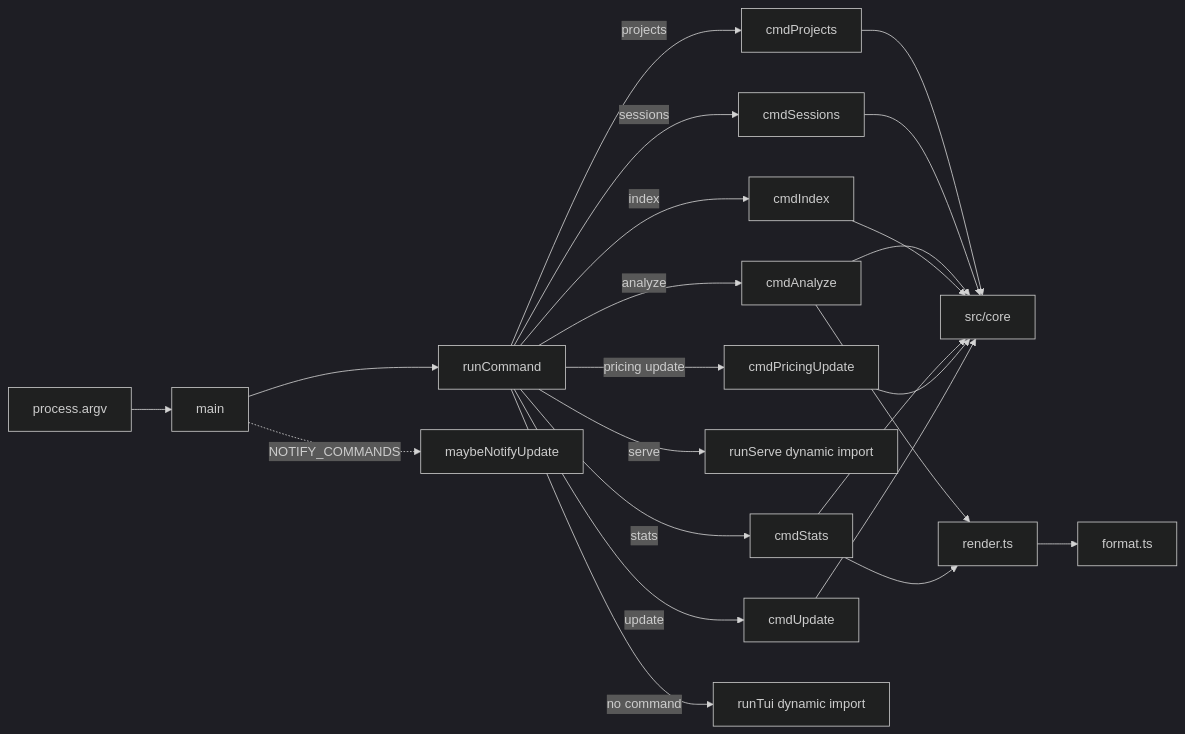
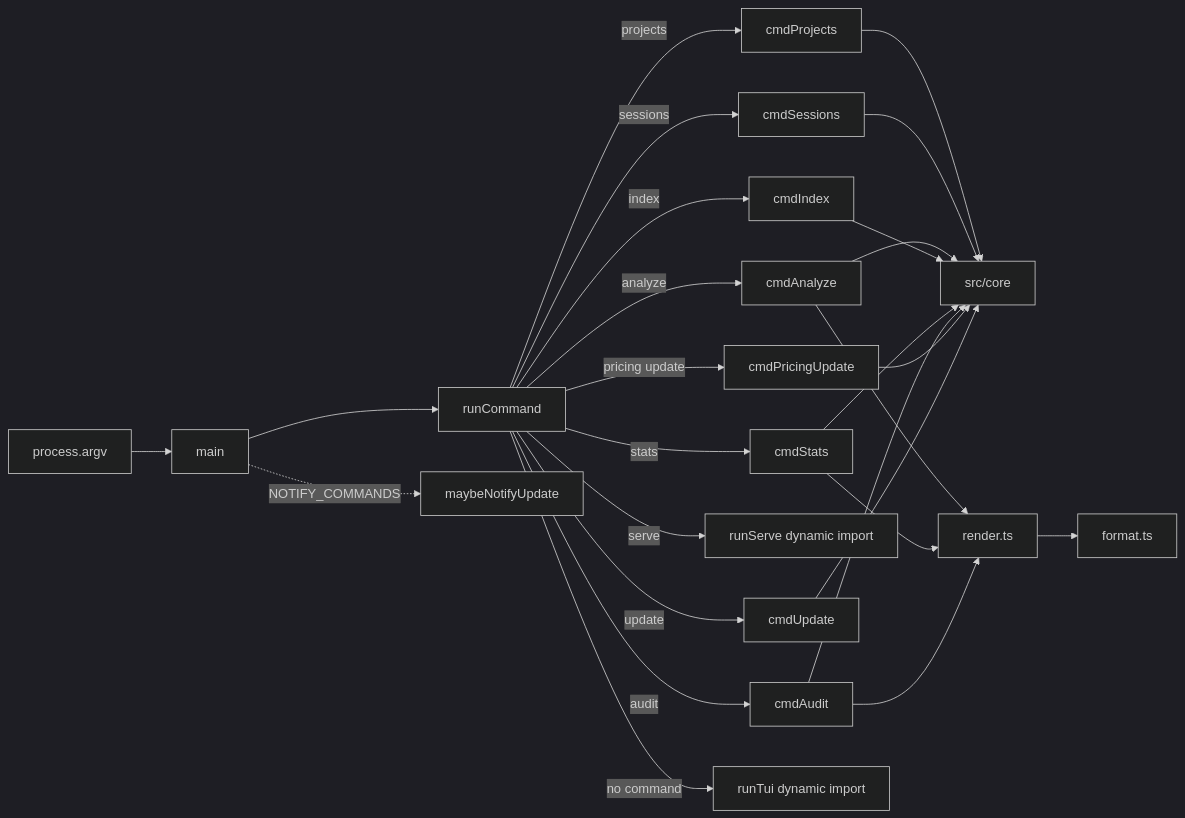
The diagram in wiki/3-cli.md (yorch/cc-analyzer), drawn with Mermaid (dark theme) before and after one commit. The commit also changed other lines of this file and 44 other files, not shown here.

````diff
--- a/wiki/3-cli.md
+++ b/wiki/3-cli.md
@@ -19,20 +19,22 @@
 ```mermaid
 flowchart LR
     argv[process.argv] --> main
     main --> runCommand
     runCommand -->|projects| cmdProjects
     runCommand -->|sessions| cmdSessions
     runCommand -->|analyze| cmdAnalyze
     runCommand -->|index| cmdIndex
     runCommand -->|stats| cmdStats
+    runCommand -->|audit| cmdAudit
     runCommand -->|serve| runServe[runServe dynamic import]
     runCommand -->|pricing update| cmdPricingUpdate
     runCommand -->|update| cmdUpdate
     runCommand -->|no command| runTui[runTui dynamic import]
     main -.NOTIFY_COMMANDS.-> maybeNotifyUpdate
 
-    cmdProjects & cmdSessions & cmdAnalyze & cmdIndex & cmdStats & cmdPricingUpdate & cmdUpdate --> core[src/core]
+    cmdProjects & cmdSessions & cmdAnalyze & cmdIndex & cmdStats & cmdAudit & cmdPricingUpdate & cmdUpdate --> core[src/core]
     cmdAnalyze --> render[render.ts]
     cmdStats --> render
+    cmdAudit --> render
     render --> format[format.ts]
 ```
````
